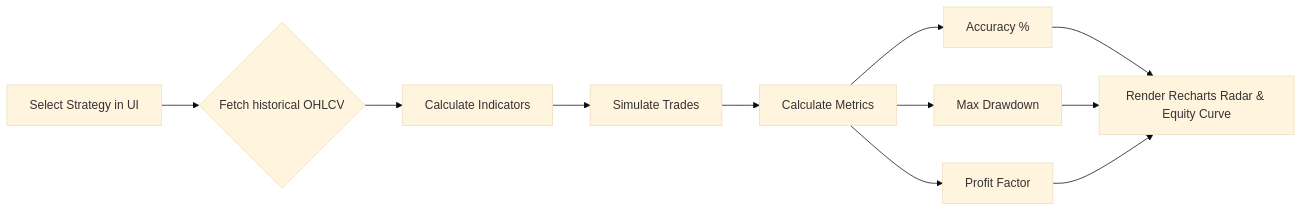
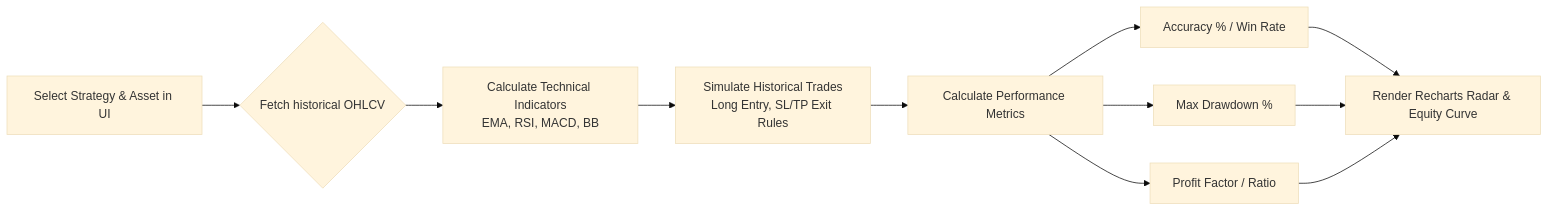
The fourth of 4 diagrams in README.md (Garvit-821/multi-asset-algorithmic-trading-software), drawn with Mermaid (base theme) before and after one commit. The commit also changed other lines of this file and 6 other files, not shown here.

````diff
--- a/README.md
+++ b/README.md
@@ -214,15 +225,15 @@
 ```mermaid
 flowchart LR
-    A[Select Strategy in UI] --> B{Fetch historical OHLCV}
-    B --> C[Calculate Indicators]
-    C --> D[Simulate Trades]
-    D --> E[Calculate Metrics]
+    A[Select Strategy & Asset in UI] --> B{Fetch historical OHLCV}
+    B --> C[Calculate Technical Indicators<br/>EMA, RSI, MACD, BB]
+    C --> D[Simulate Historical Trades<br/>Long Entry, SL/TP Exit Rules]
+    D --> E[Calculate Performance Metrics]
     
-    E --> F[Accuracy %]
-    E --> G[Max Drawdown]
-    E --> H[Profit Factor]
+    E --> F[Accuracy % / Win Rate]
+    E --> G[Max Drawdown %]
+    E --> H[Profit Factor / Ratio]
     
     F --> I[Render Recharts Radar & Equity Curve]
     G --> I
     H --> I
 ```
````
